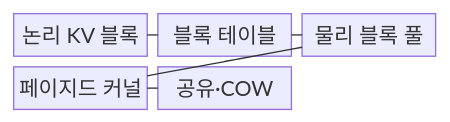
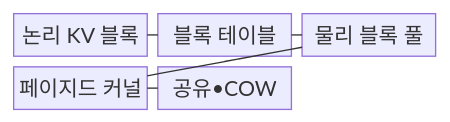
One commit to agnusdei1207/knowledge-base changed the first of 2 diagrams in src/content/docs/notes/08-latest-tech/045_pagedattention.md. Above: the diagram before and after it, drawn with Mermaid. The commit also changed other lines of this file and 953 other files, not shown here.

````diff
--- a/src/content/docs/notes/08-latest-tech/045_pagedattention.md
+++ b/src/content/docs/notes/08-latest-tech/045_pagedattention.md
@@ -68,13 +68,13 @@
 ```mermaid
 block-beta
     columns 3
     L["논리 KV 블록"]
     T["블록 테이블"]
     P["물리 블록 풀"]
     K["페이지드 커널"]
-    C["공유·COW"]
+    C["공유•COW"]
     L --- T
     T --- P
     P --- K
     K --- C
 ```
````
